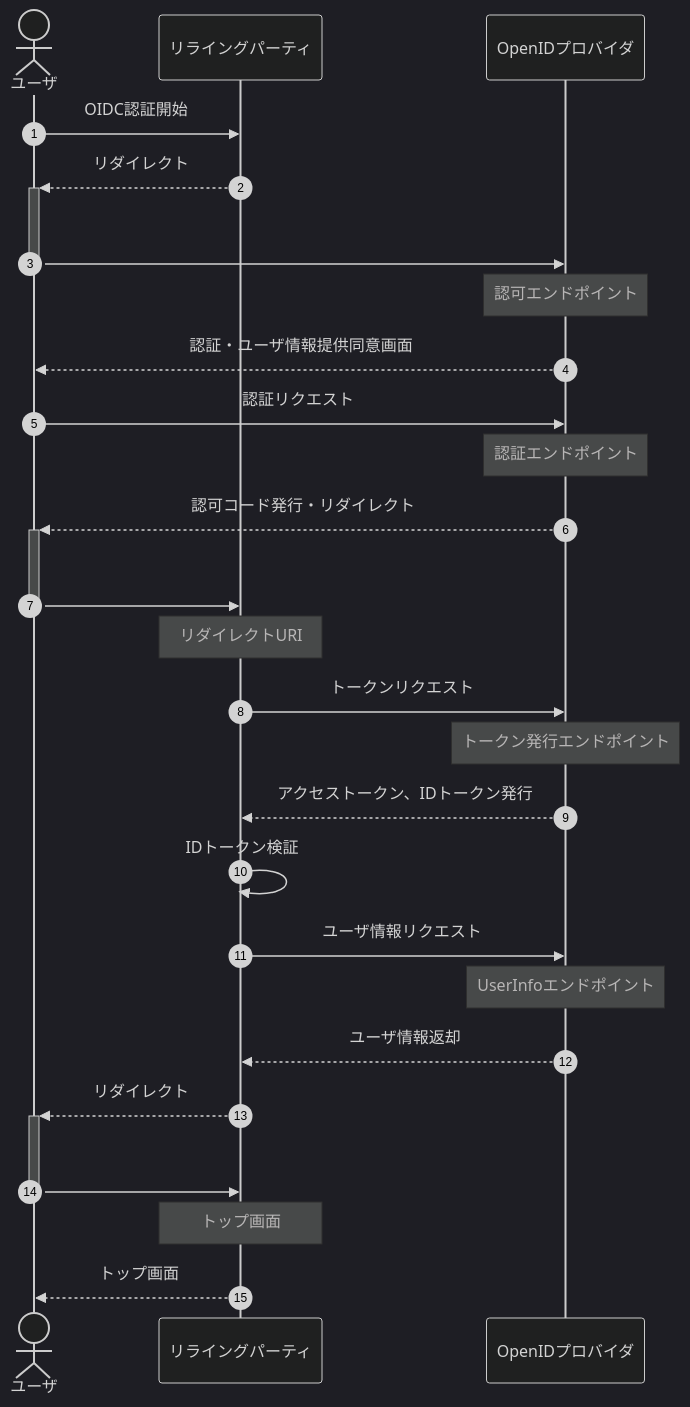
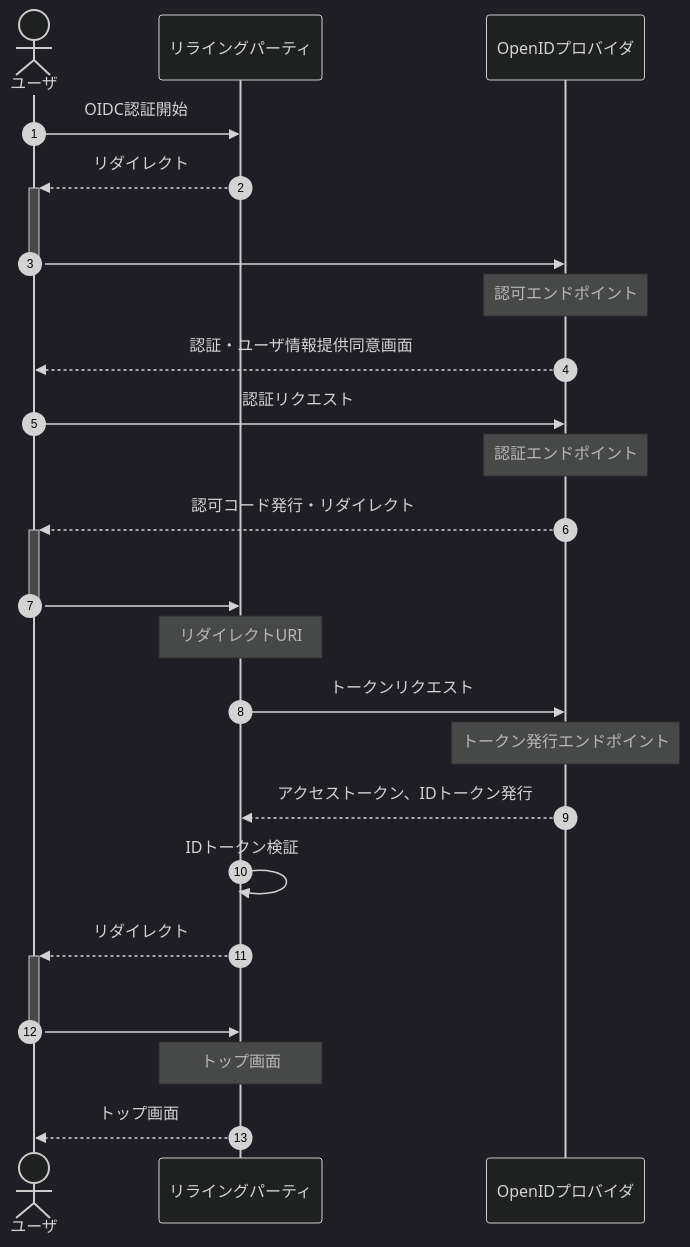
The diagram in docs/business-sequence/README.md (nob-islan/nob-openid-connect), drawn with Mermaid before and after one commit. The commit also changed 34 other files, not shown here.

````diff
--- a/docs/business-sequence/README.md
+++ b/docs/business-sequence/README.md
@@ -3,30 +3,27 @@
 ```mermaid
 %%{init:{'theme':'dark'}}%%
 sequenceDiagram
 autonumber
     actor user as ユーザ
     participant relying_party as リライングパーティ
     participant oid_provider as OpenIDプロバイダ
 
     user->>relying_party: OIDC認証開始
     relying_party-->>+user: リダイレクト
     user->>-oid_provider: <br>
     Note over oid_provider: 認可エンドポイント
     oid_provider-->>user: 認証・ユーザ情報提供同意画面
     user->>oid_provider: 認証リクエスト
     Note over oid_provider: 認証エンドポイント
     oid_provider-->>+user: 認可コード発行・リダイレクト
     user->>-relying_party: <br>
     Note over relying_party: リダイレクトURI
     relying_party->>oid_provider: トークンリクエスト
     Note over oid_provider: トークン発行エンドポイント
     oid_provider-->>relying_party: アクセストークン、IDトークン発行
     relying_party->>relying_party: IDトークン検証
-    relying_party->>oid_provider: ユーザ情報リクエスト
-    Note over oid_provider: UserInfoエンドポイント
-    oid_provider-->>relying_party: ユーザ情報返却
     relying_party-->>+user: リダイレクト
     user->>-relying_party: <br>
     Note over relying_party: トップ画面
     relying_party-->>user: トップ画面
 ```
````
